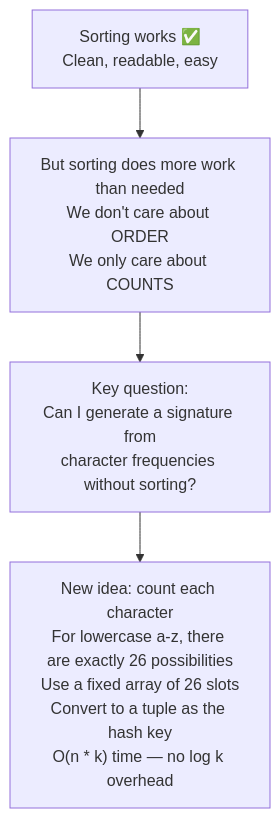
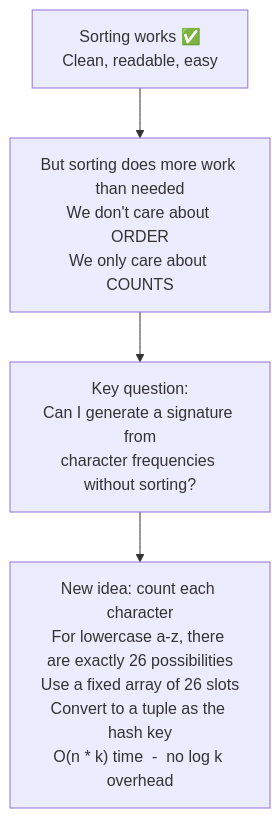
One commit to M-F-Tushar/LeetCode-Problem-Solving changed the seventh of 12 diagrams in 04 - Group Anagrams/README.md. Above: the diagram before and after it, drawn with Mermaid. The commit also changed other lines of this file and 6 other files, not shown here.

Commit message:
fix diagram rendering

````diff
--- a/04 - Group Anagrams/README.md
+++ b/04 - Group Anagrams/README.md
@@ -252,7 +252,7 @@
 ```mermaid
 flowchart TD
     A["Sorting works ✅\nClean, readable, easy"] --> B["But sorting does more work than needed\nWe don't care about ORDER\nWe only care about COUNTS"]
     B --> C["Key question:\nCan I generate a signature from\ncharacter frequencies without sorting?"]
-    C --> D["New idea: count each character\nFor lowercase a-z, there are exactly 26 possibilities\nUse a fixed array of 26 slots\nConvert to a tuple as the hash key\nO(n * k) time — no log k overhead"]
+    C --> D["New idea: count each character\nFor lowercase a-z, there are exactly 26 possibilities\nUse a fixed array of 26 slots\nConvert to a tuple as the hash key\nO(n * k) time  -  no log k overhead"]
 
 ```
````
